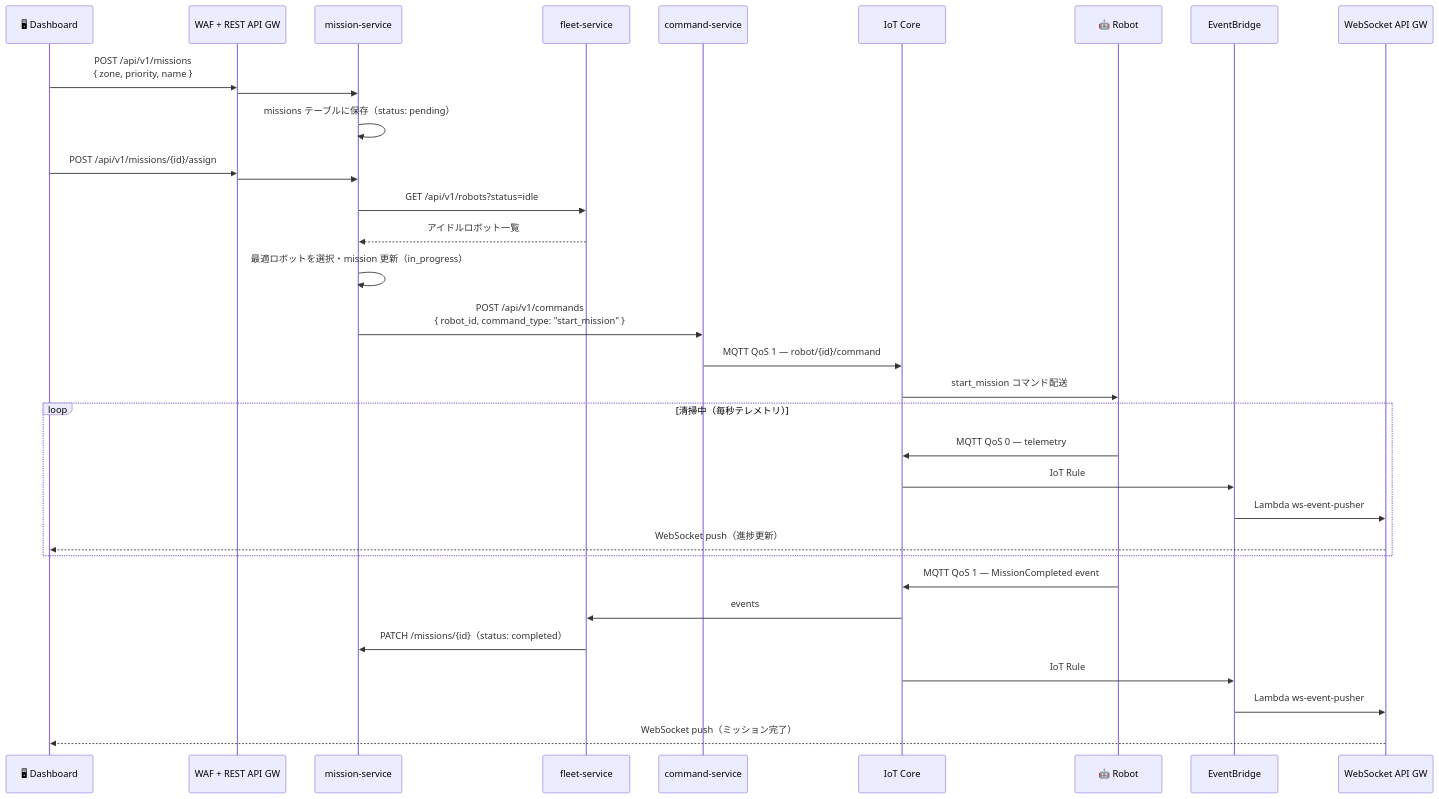
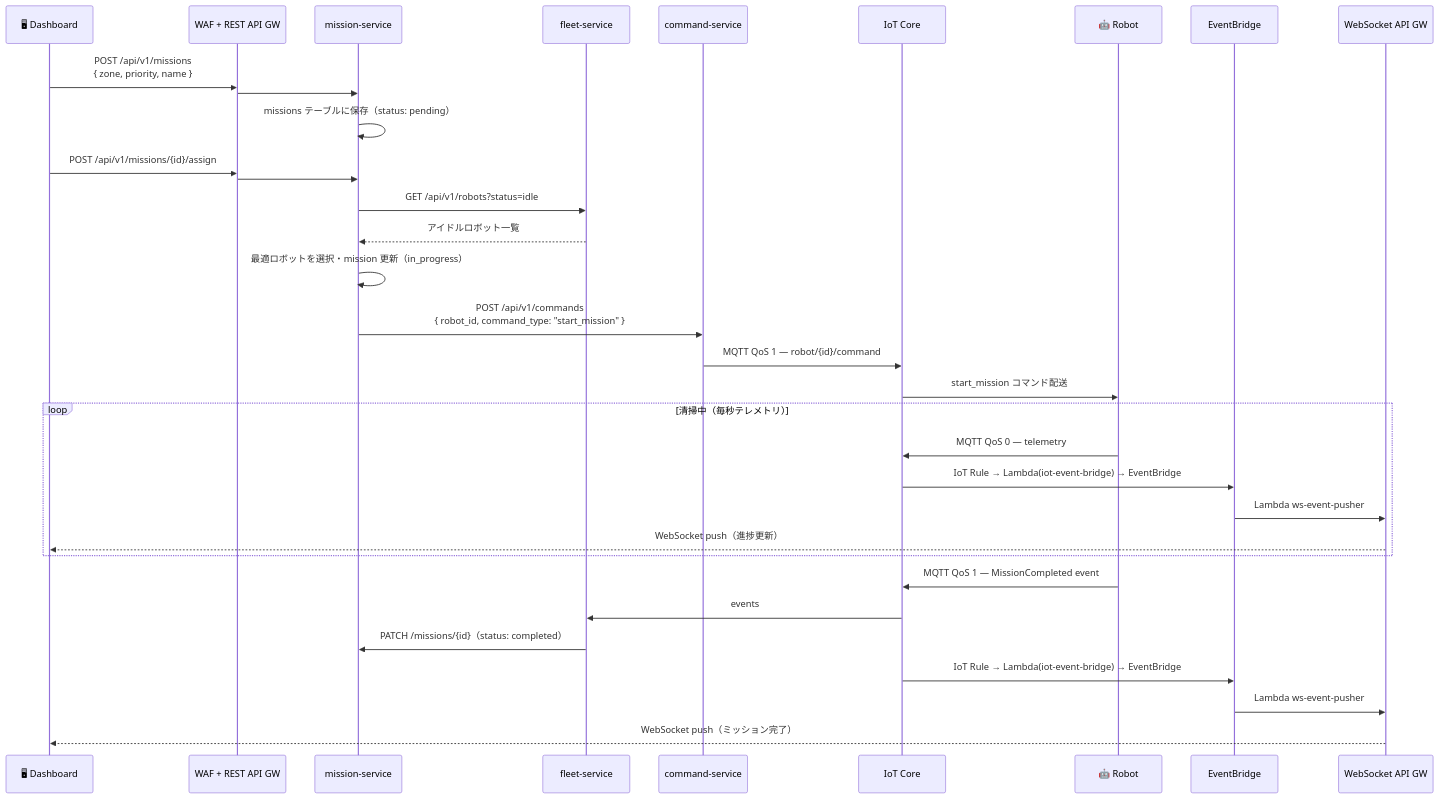
Before and after one commit to kojikokojiko/autonomous_cleaning_robot_fleet_platform: the fourth of 4 diagrams in docs/robotops-article.md, drawn with Mermaid. The commit also changed other lines of this file and 3 other files, not shown here.

First line of the commit message:
Update docs and AWS architecture diagram to reflect current config

````diff
--- a/docs/robotops-article.md
+++ b/docs/robotops-article.md
@@ -512,40 +523,40 @@
 ```mermaid
 sequenceDiagram
     participant DASH as 🖥 Dashboard
     participant GW   as WAF + REST API GW
     participant MS   as mission-service
     participant FS   as fleet-service
     participant CS   as command-service
     participant IOT  as IoT Core
     participant R    as 🤖 Robot
     participant EVB  as EventBridge
     participant WS   as WebSocket API GW
 
     DASH->>GW: POST /api/v1/missions<br>{ zone, priority, name }
     GW->>MS:
     MS->>MS: missions テーブルに保存（status: pending）
 
     DASH->>GW: POST /api/v1/missions/{id}/assign
     GW->>MS:
     MS->>FS: GET /api/v1/robots?status=idle
     FS-->>MS: アイドルロボット一覧
     MS->>MS: 最適ロボットを選択・mission 更新（in_progress）
 
     MS->>CS: POST /api/v1/commands<br>{ robot_id, command_type: "start_mission" }
     CS->>IOT: MQTT QoS 1 — robot/{id}/command
     IOT->>R: start_mission コマンド配送
 
     loop 清掃中（毎秒テレメトリ）
         R->>IOT: MQTT QoS 0 — telemetry
-        IOT->>EVB: IoT Rule
+        IOT->>EVB: IoT Rule → Lambda(iot-event-bridge) → EventBridge
         EVB->>WS: Lambda ws-event-pusher
         WS-->>DASH: WebSocket push（進捗更新）
     end
 
     R->>IOT: MQTT QoS 1 — MissionCompleted event
     IOT->>FS: events
     FS->>MS: PATCH /missions/{id}（status: completed）
-    IOT->>EVB: IoT Rule
+    IOT->>EVB: IoT Rule → Lambda(iot-event-bridge) → EventBridge
     EVB->>WS: Lambda ws-event-pusher
     WS-->>DASH: WebSocket push（ミッション完了）
 ```
````
